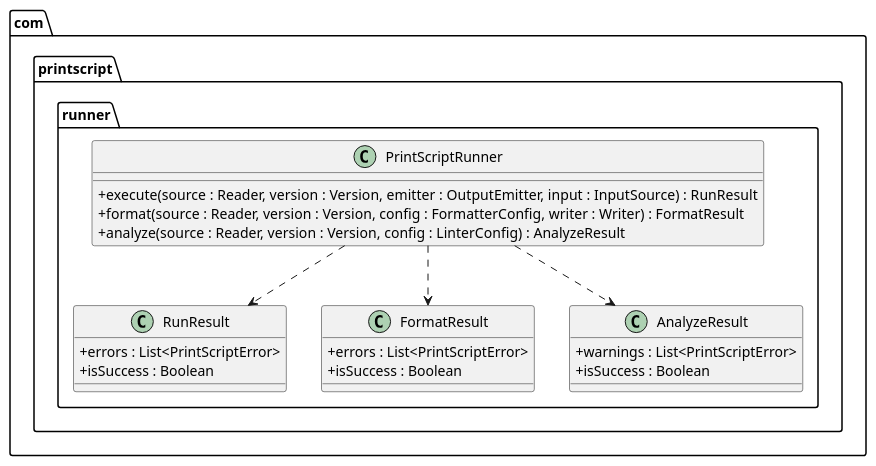
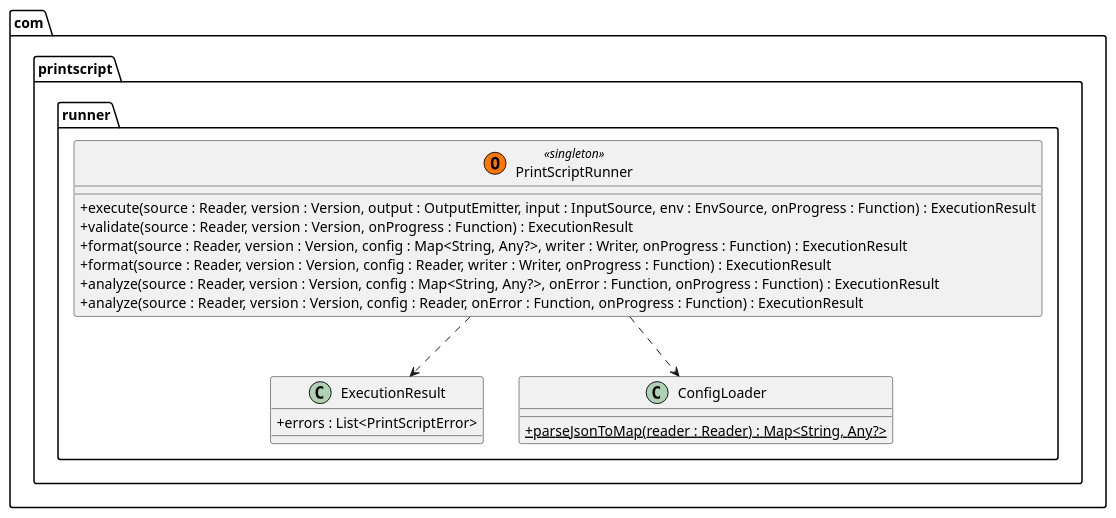
Before and after one commit to IngsisMac/printscript: the diagram in docs/diagrams/runner.puml, drawn with PlantUML. The commit also changed 10 other files, not shown here.

Commit message:
updated diagrams

```diff
--- a/docs/diagrams/runner.puml
+++ b/docs/diagrams/runner.puml
@@ -1,32 +1,27 @@
 @startuml
 skinparam classAttributeIconSize 0
 
 package "com.printscript.runner" {
 
-    class PrintScriptRunner {
-        + execute(source : Reader, version : Version, emitter : OutputEmitter, input : InputSource) : RunResult
-        + format(source : Reader, version : Version, config : FormatterConfig, writer : Writer) : FormatResult
-        + analyze(source : Reader, version : Version, config : LinterConfig) : AnalyzeResult
+    class PrintScriptRunner << (O, #FF7700) singleton >> {
+        + execute(source : Reader, version : Version, output : OutputEmitter, input : InputSource, env : EnvSource, onProgress : Function) : ExecutionResult
+        + validate(source : Reader, version : Version, onProgress : Function) : ExecutionResult
+        + format(source : Reader, version : Version, config : Map<String, Any?>, writer : Writer, onProgress : Function) : ExecutionResult
+        + format(source : Reader, version : Version, config : Reader, writer : Writer, onProgress : Function) : ExecutionResult
+        + analyze(source : Reader, version : Version, config : Map<String, Any?>, onError : Function, onProgress : Function) : ExecutionResult
+        + analyze(source : Reader, version : Version, config : Reader, onError : Function, onProgress : Function) : ExecutionResult
     }
 
-    class RunResult {
+    class ExecutionResult {
         + errors : List<PrintScriptError>
-        + isSuccess : Boolean
     }
 
-    class FormatResult {
-        + errors : List<PrintScriptError>
-        + isSuccess : Boolean
+    class ConfigLoader {
+        + {static} parseJsonToMap(reader : Reader) : Map<String, Any?>
     }
 
-    class AnalyzeResult {
-        + warnings : List<PrintScriptError>
-        + isSuccess : Boolean
-    }
-
-    PrintScriptRunner ..> RunResult
-    PrintScriptRunner ..> FormatResult
-    PrintScriptRunner ..> AnalyzeResult
+    PrintScriptRunner ..> ExecutionResult
+    PrintScriptRunner ..> ConfigLoader
 }
 
 @enduml
```
